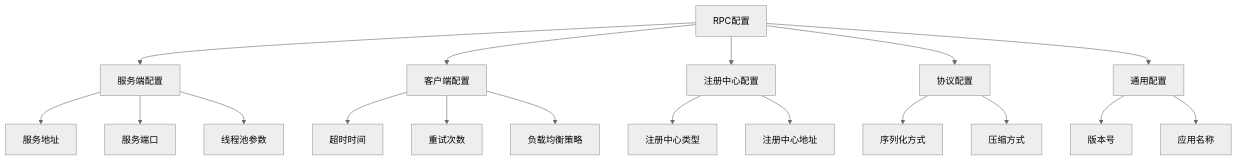
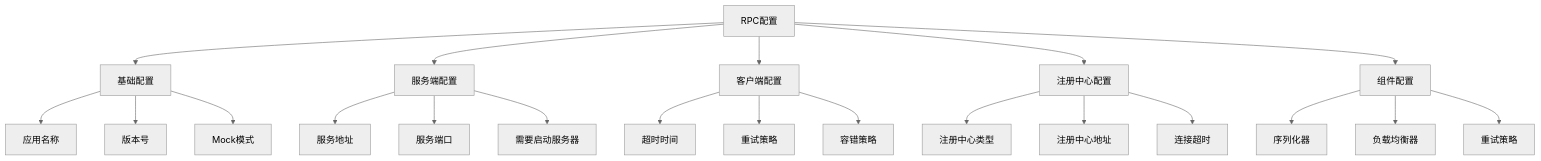
Before and after one commit to 2042159221/learn-RPC: the first of 3 diagrams in doc/RPC配置管理.md, drawn with Mermaid (neutral theme). The commit also changed other lines of this file and 30 other files, not shown here.

````diff
--- a/doc/RPC配置管理.md
+++ b/doc/RPC配置管理.md
@@ -20,25 +23,28 @@
 ```mermaid
 graph TD
-    A[RPC配置] --> B[服务端配置]
-    A --> C[客户端配置]
-    A --> D[注册中心配置]
-    A --> E[协议配置]
-    A --> F[通用配置]
-    
-    B --> B1[服务地址]
-    B --> B2[服务端口]
-    B --> B3[线程池参数]
-    
-    C --> C1[超时时间]
-    C --> C2[重试次数]
-    C --> C3[负载均衡策略]
-    
-    D --> D1[注册中心类型]
-    D --> D2[注册中心地址]
-    
-    E --> E1[序列化方式]
-    E --> E2[压缩方式]
-    
-    F --> F1[版本号]
-    F --> F2[应用名称]
+    A[RPC配置] --> B[基础配置]
+    A --> C[服务端配置]
+    A --> D[客户端配置]
+    A --> E[注册中心配置]
+    A --> F[组件配置]
+
+    B --> B1[应用名称]
+    B --> B2[版本号]
+    B --> B3[Mock模式]
+
+    C --> C1[服务地址]
+    C --> C2[服务端口]
+    C --> C3[需要启动服务器]
+
+    D --> D1[超时时间]
+    D --> D2[重试策略]
+    D --> D3[容错策略]
+
+    E --> E1[注册中心类型]
+    E --> E2[注册中心地址]
+    E --> E3[连接超时]
+
+    F --> F1[序列化器]
+    F --> F2[负载均衡器]
+    F --> F3[重试策略]
 ```
````
